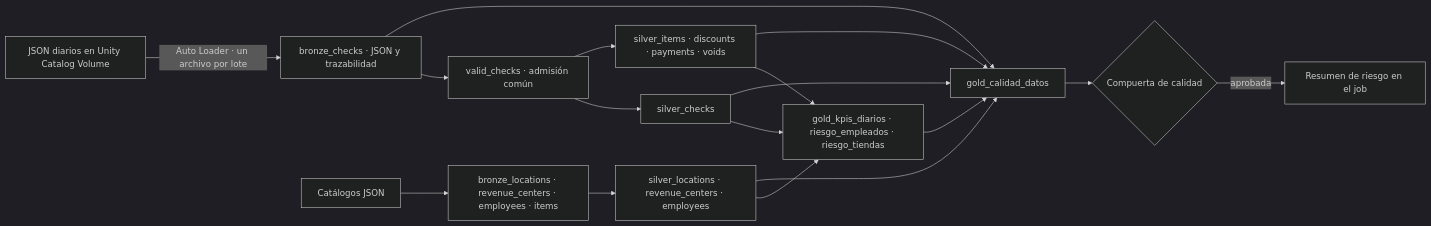
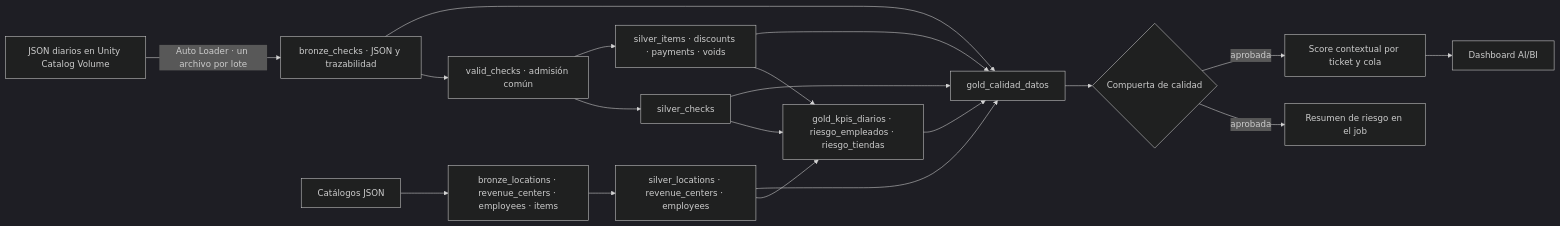
The diagram in README.md (RafaGuSua19/applebees-databricks), drawn with Mermaid (dark theme) before and after one commit. The commit also changed other lines of this file and 19 other files, not shown here.

````diff
--- a/README.md
+++ b/README.md
@@ -17,14 +21,16 @@
 ```mermaid
 flowchart LR
   A[JSON diarios en Unity Catalog Volume] -->|Auto Loader · un archivo por lote| B[bronze_checks · JSON y trazabilidad]
   D[Catálogos JSON] --> BD[bronze_locations · revenue_centers · employees · items]
   B --> V[valid_checks · admisión común]
   B --> Q[gold_calidad_datos]
   V --> C[silver_checks]
   V --> L[silver_items · discounts · payments · voids]
   BD --> SD[silver_locations · revenue_centers · employees]
   C & L & SD --> G[gold_kpis_diarios · riesgo_empleados · riesgo_tiendas]
   C & L & SD & G --> Q
   Q --> J{Compuerta de calidad}
   J -->|aprobada| R[Resumen de riesgo en el job]
+  J -->|aprobada| M[Score contextual por ticket y cola]
+  M --> AIBI[Dashboard AI/BI]
 ```
````
